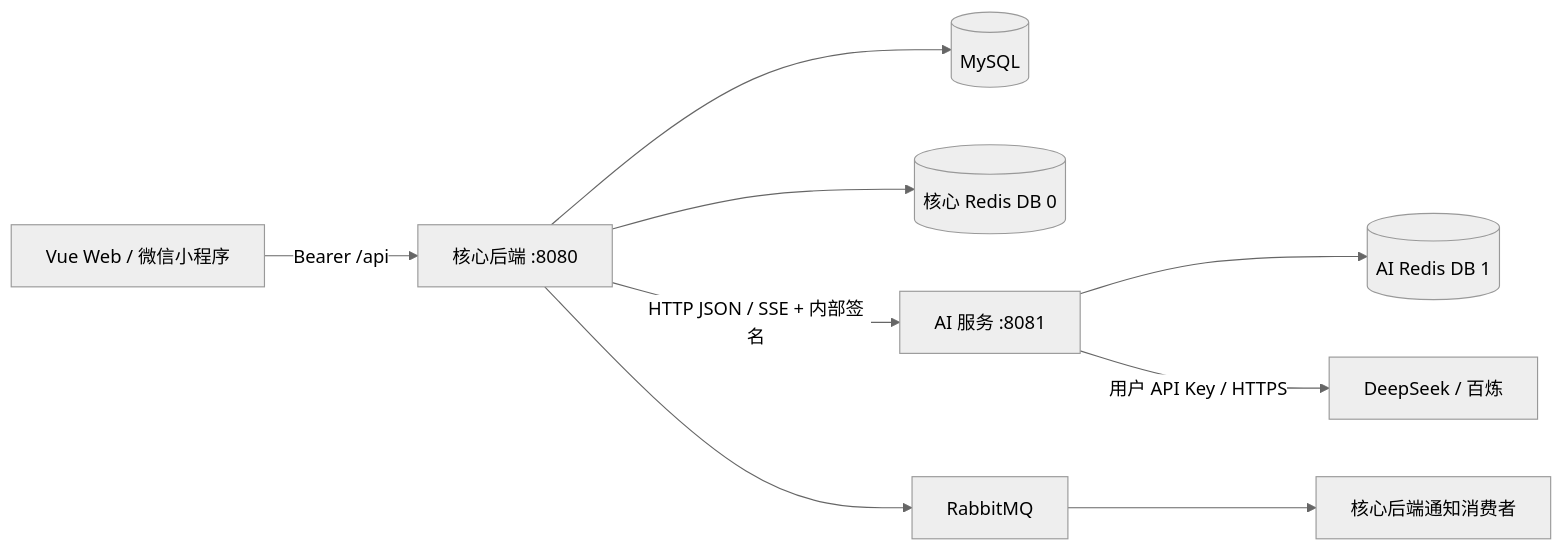
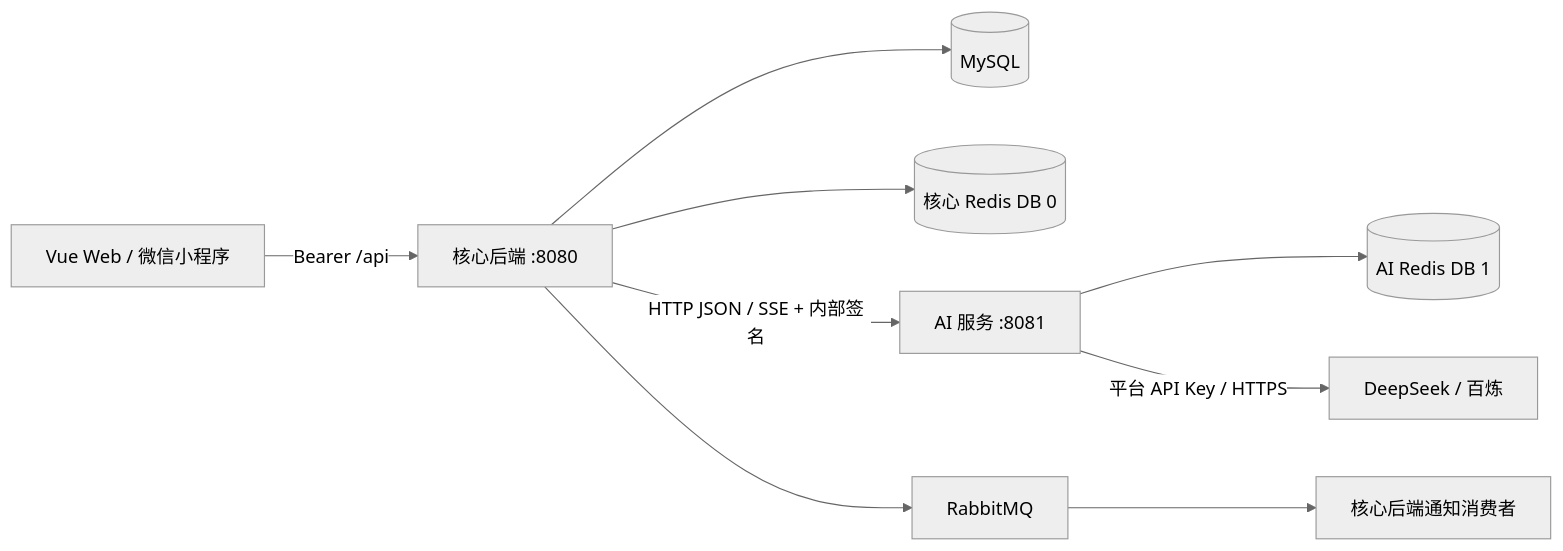
Before and after one commit to yinyuchen-max/health: the diagram in README.md, drawn with Mermaid (neutral theme). The commit also changed other lines of this file and 79 other files, not shown here.

````diff
--- a/README.md
+++ b/README.md
@@ -7,11 +7,11 @@
 ```mermaid
 flowchart LR
     Web[Vue Web / 微信小程序] -->|Bearer /api| Core[核心后端 :8080]
     Core --> DB[(MySQL)]
     Core --> Redis[(核心 Redis DB 0)]
     Core -->|HTTP JSON / SSE + 内部签名| AI[AI 服务 :8081]
     AI --> AIRedis[(AI Redis DB 1)]
-    AI -->|用户 API Key / HTTPS| Provider[DeepSeek / 百炼]
+    AI -->|平台 API Key / HTTPS| Provider[DeepSeek / 百炼]
     Core --> MQ[RabbitMQ]
     MQ --> Consumer[核心后端通知消费者]
 ```
````
